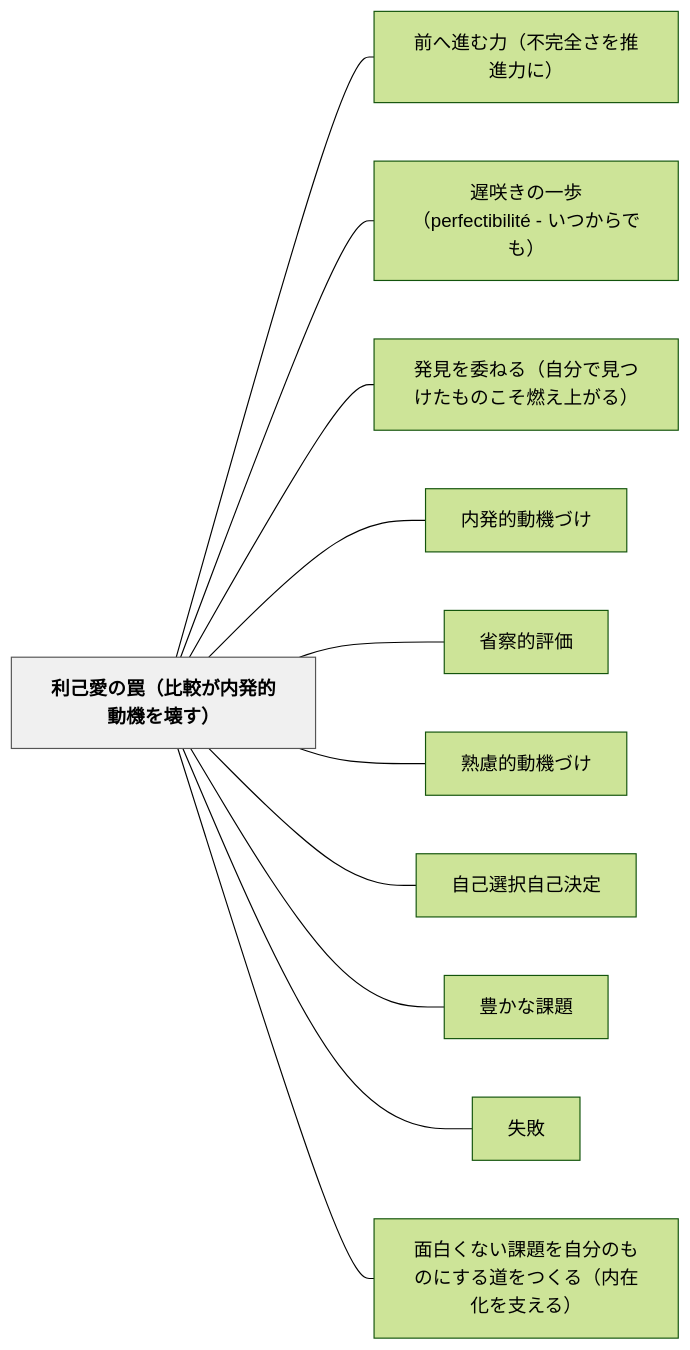
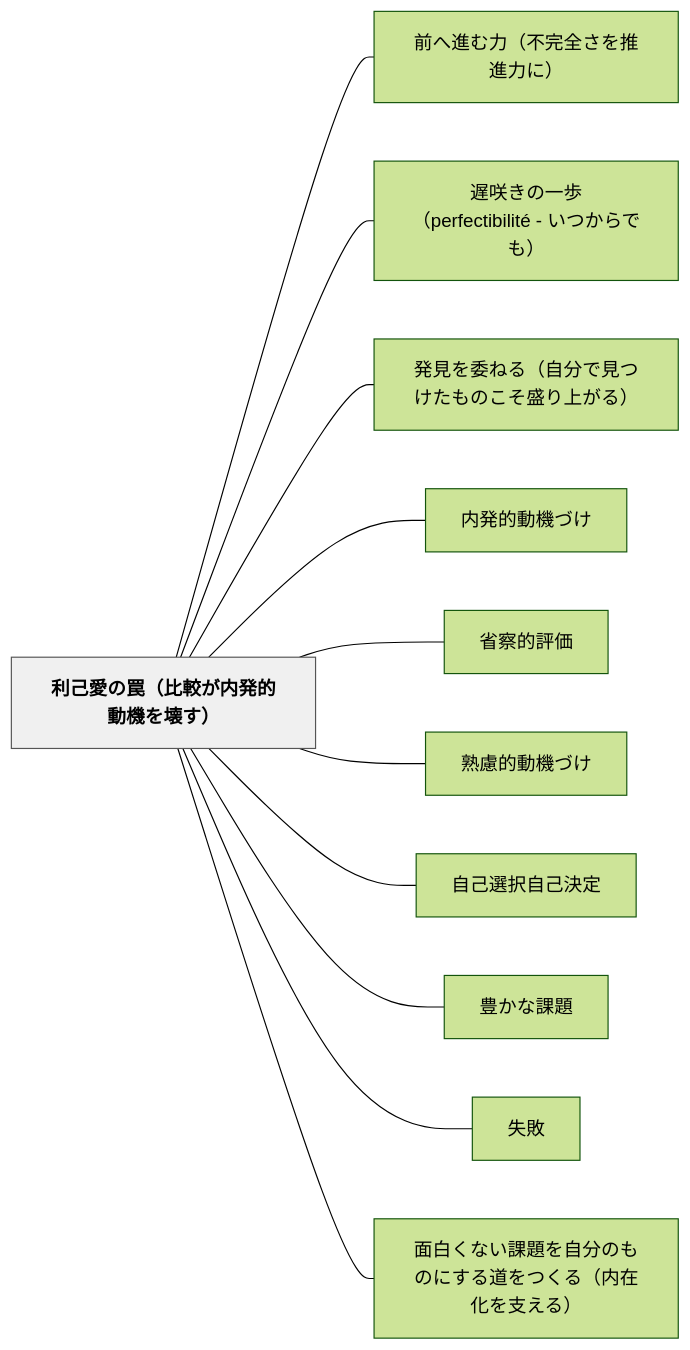
Before and after one commit to unknownthings-ed-patterns/unknownthings-ed-patterns: the diagram in content/パタン/利己愛の罠（比較が内発的動機を壊す）.md, drawn with Mermaid (forest theme). The commit also changed other lines of this file and 36 other files, not shown here.

````diff
--- a/content/パタン/利己愛の罠（比較が内発的動機を壊す）.md
+++ b/content/パタン/利己愛の罠（比較が内発的動機を壊す）.md
@@ -100,28 +100,28 @@
 ```mermaid
 flowchart LR
     ne588a9e5b7b1e6849be381aee7bda0efbc88e6af94e8bc83e3818ce58685e799bae79a84e58b95e6a99fe38292e5a38ae38199efbc89["利己愛の罠（比較が内発的動機を壊す）"]
     ne5898de381b8e980b2e38280e58a9befbc88e4b88de5ae8ce585a8e38195e38292e68ea8e980b2e58a9be381abefbc89["前へ進む力（不完全さを推進力に）"]
     ne98185e592b2e3818de381aee4b880e6ada9efbc88706572666563746962696c6974c3a9202d20e38184e381a4e3818be38289e381a7e38282efbc89["遅咲きの一歩（perfectibilité - いつからでも）"]
-    ne799bae8a68be38292e5a794e381ade3828befbc88e887aae58886e381a7e8a68be381a4e38191e3819fe38282e381aee38193e3819de78783e38188e4b88ae3818ce3828befbc89["発見を委ねる（自分で見つけたものこそ燃え上がる）"]
+    ne799bae8a68be38292e5a794e381ade3828befbc88e887aae58886e381a7e8a68be381a4e38191e3819fe38282e381aee38193e3819de79b9be3828ae4b88ae3818ce3828befbc89["発見を委ねる（自分で見つけたものこそ盛り上がる）"]
     ne58685e799bae79a84e58b95e6a99fe381a5e38191["内発的動機づけ"]
     ne79c81e5af9fe79a84e8a995e4bea1["省察的評価"]
     ne7869fe685aee79a84e58b95e6a99fe381a5e38191["熟慮的動機づけ"]
     ne887aae5b7b1e981b8e68a9ee887aae5b7b1e6b1bae5ae9a["自己選択自己決定"]
     ne8b18ae3818be381aae8aab2e9a18c["豊かな課題"]
     ne5a4b1e69597["失敗"]
     ne99da2e799bde3818fe381aae38184e8aab2e9a18ce38292e887aae58886e381aee38282e381aee381abe38199e3828be98193e38292e381a4e3818fe3828befbc88e58685e59ca8e58c96e38292e694afe38188e3828befbc89["面白くない課題を自分のものにする道をつくる（内在化を支える）"]
 
     ne588a9e5b7b1e6849be381aee7bda0efbc88e6af94e8bc83e3818ce58685e799bae79a84e58b95e6a99fe38292e5a38ae38199efbc89 --- ne5898de381b8e980b2e38280e58a9befbc88e4b88de5ae8ce585a8e38195e38292e68ea8e980b2e58a9be381abefbc89
     ne588a9e5b7b1e6849be381aee7bda0efbc88e6af94e8bc83e3818ce58685e799bae79a84e58b95e6a99fe38292e5a38ae38199efbc89 --- ne98185e592b2e3818de381aee4b880e6ada9efbc88706572666563746962696c6974c3a9202d20e38184e381a4e3818be38289e381a7e38282efbc89
-    ne588a9e5b7b1e6849be381aee7bda0efbc88e6af94e8bc83e3818ce58685e799bae79a84e58b95e6a99fe38292e5a38ae38199efbc89 --- ne799bae8a68be38292e5a794e381ade3828befbc88e887aae58886e381a7e8a68be381a4e38191e3819fe38282e381aee38193e3819de78783e38188e4b88ae3818ce3828befbc89
+    ne588a9e5b7b1e6849be381aee7bda0efbc88e6af94e8bc83e3818ce58685e799bae79a84e58b95e6a99fe38292e5a38ae38199efbc89 --- ne799bae8a68be38292e5a794e381ade3828befbc88e887aae58886e381a7e8a68be381a4e38191e3819fe38282e381aee38193e3819de79b9be3828ae4b88ae3818ce3828befbc89
     ne588a9e5b7b1e6849be381aee7bda0efbc88e6af94e8bc83e3818ce58685e799bae79a84e58b95e6a99fe38292e5a38ae38199efbc89 --- ne58685e799bae79a84e58b95e6a99fe381a5e38191
     ne588a9e5b7b1e6849be381aee7bda0efbc88e6af94e8bc83e3818ce58685e799bae79a84e58b95e6a99fe38292e5a38ae38199efbc89 --- ne79c81e5af9fe79a84e8a995e4bea1
     ne588a9e5b7b1e6849be381aee7bda0efbc88e6af94e8bc83e3818ce58685e799bae79a84e58b95e6a99fe38292e5a38ae38199efbc89 --- ne7869fe685aee79a84e58b95e6a99fe381a5e38191
     ne588a9e5b7b1e6849be381aee7bda0efbc88e6af94e8bc83e3818ce58685e799bae79a84e58b95e6a99fe38292e5a38ae38199efbc89 --- ne887aae5b7b1e981b8e68a9ee887aae5b7b1e6b1bae5ae9a
     ne588a9e5b7b1e6849be381aee7bda0efbc88e6af94e8bc83e3818ce58685e799bae79a84e58b95e6a99fe38292e5a38ae38199efbc89 --- ne8b18ae3818be381aae8aab2e9a18c
     ne588a9e5b7b1e6849be381aee7bda0efbc88e6af94e8bc83e3818ce58685e799bae79a84e58b95e6a99fe38292e5a38ae38199efbc89 --- ne5a4b1e69597
     ne588a9e5b7b1e6849be381aee7bda0efbc88e6af94e8bc83e3818ce58685e799bae79a84e58b95e6a99fe38292e5a38ae38199efbc89 --- ne99da2e799bde3818fe381aae38184e8aab2e9a18ce38292e887aae58886e381aee38282e381aee381abe38199e3828be98193e38292e381a4e3818fe3828befbc88e58685e59ca8e58c96e38292e694afe38188e3828befbc89
 
     classDef hub fill:#f0f0f0,stroke:#555,color:#000,font-weight:bold
     class ne588a9e5b7b1e6849be381aee7bda0efbc88e6af94e8bc83e3818ce58685e799bae79a84e58b95e6a99fe38292e5a38ae38199efbc89 hub
 ```
````
